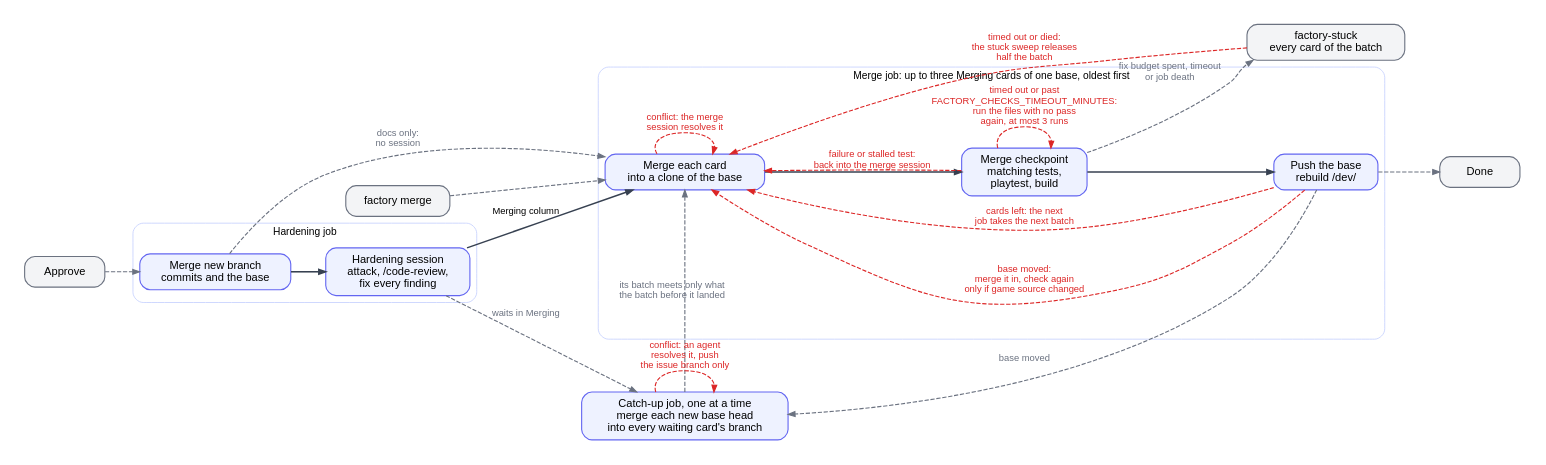
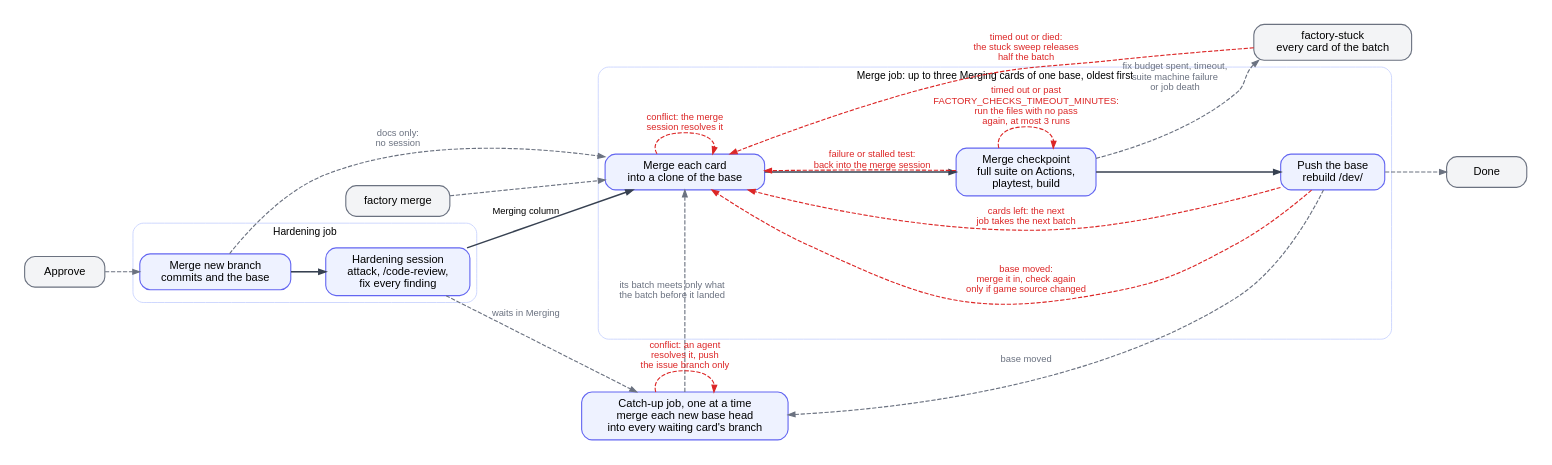
The diagram in factory/docs/diagrams/hardening.dot (ROAM-game-org/road-machiners), drawn with Graphviz before and after one commit. The commit also changed 9 other files, not shown here.

First line of the commit message:
Merge and ship checks run the game suite on GitHub Actions

```diff
--- a/factory/docs/diagrams/hardening.dot
+++ b/factory/docs/diagrams/hardening.dot
@@ -1,40 +1,40 @@
 // Hardening and Merging columns. One hardening session reviews and fixes an approved card. The merge queue checks up to three waiting cards of a base merged together before the base takes them, and the next job takes the rest. Each time a base moves, a catch-up job merges it into the branches of the waiting cards.
 // Red: loops back. Grey: leaves the column or enters from outside.
 digraph hardening {
   rankdir=LR; nodesep=0.35; ranksep=0.55; bgcolor=white; pad=0.3;
   node [shape=box, style="rounded,filled", fillcolor="#eef2ff", color="#6366f1", fontname="Helvetica", fontsize=13, margin="0.2,0.1", penwidth=1.3, width=1.3];
   edge [color="#374151", penwidth=1.8, arrowsize=0.8, fontname="Helvetica", fontsize=11];
   subgraph cluster_harden {
     label="Hardening job"; fontname="Helvetica"; fontsize=12; color="#c7d2fe"; style=rounded;
     HM [label="Merge new branch\ncommits and the base"]; HH [label="Hardening session\nattack, /code-review,\nfix every finding"];
     HM -> HH [weight=100];
   }
   subgraph cluster_merge {
     label="Merge job: up to three Merging cards of one base, oldest first"; fontname="Helvetica"; fontsize=12; color="#c7d2fe"; style=rounded;
-    MM [label="Merge each card\ninto a clone of the base"]; MC [label="Merge checkpoint\nmatching tests,\nplaytest, build"]; MP [label="Push the base\nrebuild /dev/"];
+    MM [label="Merge each card\ninto a clone of the base"]; MC [label="Merge checkpoint\nfull suite on Actions,\nplaytest, build"]; MP [label="Push the base\nrebuild /dev/"];
     MM -> MC -> MP [weight=100];
   }
   HH -> MM [label="Merging column"];
   CU [label="Catch-up job, one at a time\nmerge each new base head\ninto every waiting card's branch"];
   XA [label="Approve", fillcolor="#f3f4f6", color="#6b7280"];
   XO [label="factory merge", fillcolor="#f3f4f6", color="#6b7280"];
   XS [label="factory-stuck\nevery card of the batch", fillcolor="#f3f4f6", color="#6b7280"];
   XN [label="Done", fillcolor="#f3f4f6", color="#6b7280"];
   edge [color="#dc2626", fontcolor="#dc2626", style=dashed, penwidth=1.3];
   MM -> MM [label="conflict: the merge\nsession resolves it"];
   MC -> MM [label="failure or stalled test:\nback into the merge session"];
   MC -> MC [label="timed out or past\nFACTORY_CHECKS_TIMEOUT_MINUTES:\nrun the files with no pass\nagain, at most 3 runs"];
   MP -> MM [label="base moved:\nmerge it in, check again\nonly if game source changed"];
   XS -> MM [label="timed out or died:\nthe stuck sweep releases\nhalf the batch"];
   MP -> MM [label="cards left: the next\njob takes the next batch"];
   CU -> CU [label="conflict: an agent\nresolves it, push\nthe issue branch only"];
   edge [color="#6b7280", fontcolor="#6b7280"];
   XA -> HM;
   HM -> MM [label="docs only:\nno session"];
   XO -> MM;
-  MC -> XS [label="fix budget spent, timeout\nor job death"];
+  MC -> XS [label="fix budget spent, timeout,\nsuite machine failure\nor job death"];
   MP -> XN;
   HH -> CU [label="waits in Merging"];
   MP -> CU [label="base moved"];
   CU -> MM [label="its batch meets only what\nthe batch before it landed"];
 }
```
